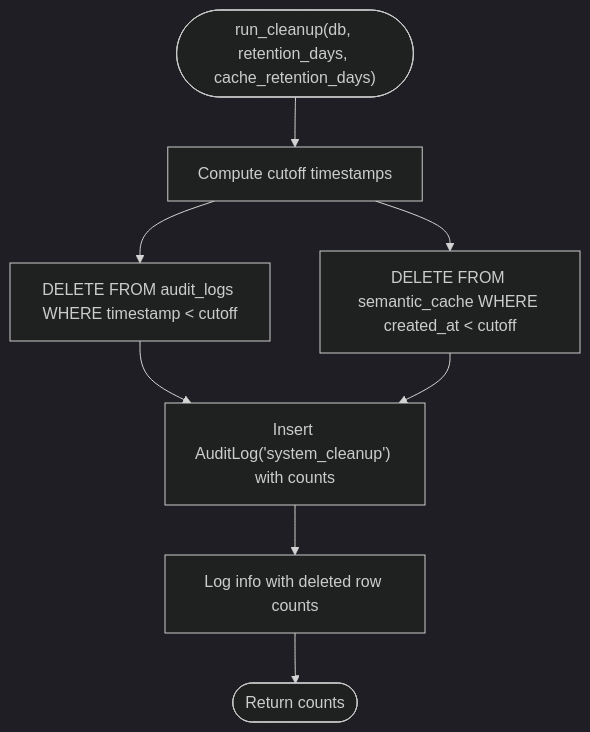
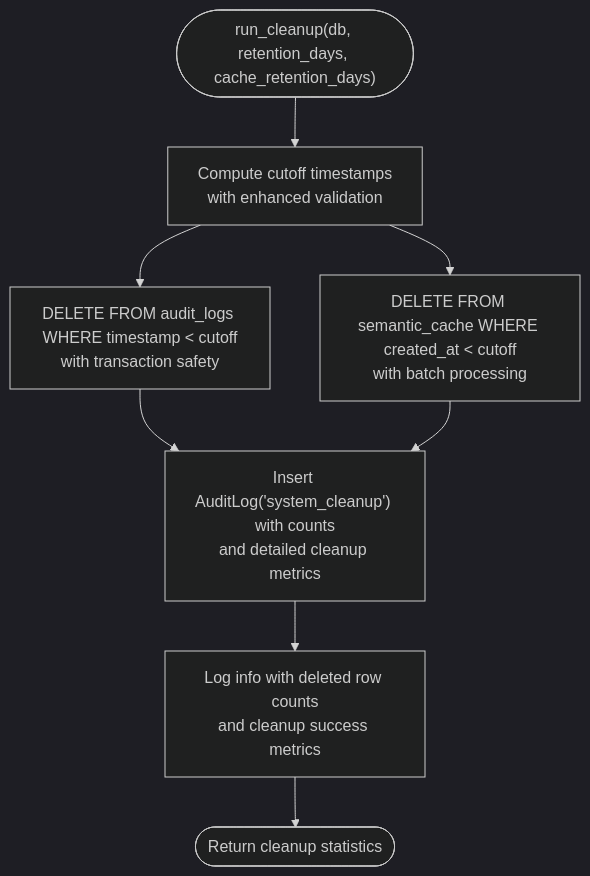
The eighth of 9 diagrams in .qoder/repowiki/en/content/Security and Compliance/Security and Compliance.md (genes8/private-ai), drawn with Mermaid (dark theme) before and after one commit. The commit also changed other lines of this file and 55 other files, not shown here.

````diff
--- a/.qoder/repowiki/en/content/Security and Compliance/Security and Compliance.md
+++ b/.qoder/repowiki/en/content/Security and Compliance/Security and Compliance.md
@@ -284,10 +331,10 @@
 ```mermaid
 flowchart TD
-StartAC(["run_cleanup(db, retention_days, cache_retention_days)"]) --> Calc["Compute cutoff timestamps"]
-Calc --> DelAudit["DELETE FROM audit_logs WHERE timestamp < cutoff"]
-Calc --> DelCache["DELETE FROM semantic_cache WHERE created_at < cutoff"]
-DelAudit --> Summ["Insert AuditLog('system_cleanup') with counts"]
+StartAC(["run_cleanup(db, retention_days, cache_retention_days)"]) --> Calc["Compute cutoff timestamps<br/>with enhanced validation"]
+Calc --> DelAudit["DELETE FROM audit_logs WHERE timestamp < cutoff<br/>with transaction safety"]
+Calc --> DelCache["DELETE FROM semantic_cache WHERE created_at < cutoff<br/>with batch processing"]
+DelAudit --> Summ["Insert AuditLog('system_cleanup') with counts<br/>and detailed cleanup metrics"]
 DelCache --> Summ
-Summ --> LogInfo["Log info with deleted row counts"]
-LogInfo --> EndAC(["Return counts"])
+Summ --> LogInfo["Log info with deleted row counts<br/>and cleanup success metrics"]
+LogInfo --> EndAC(["Return cleanup statistics"])
 ```
````
